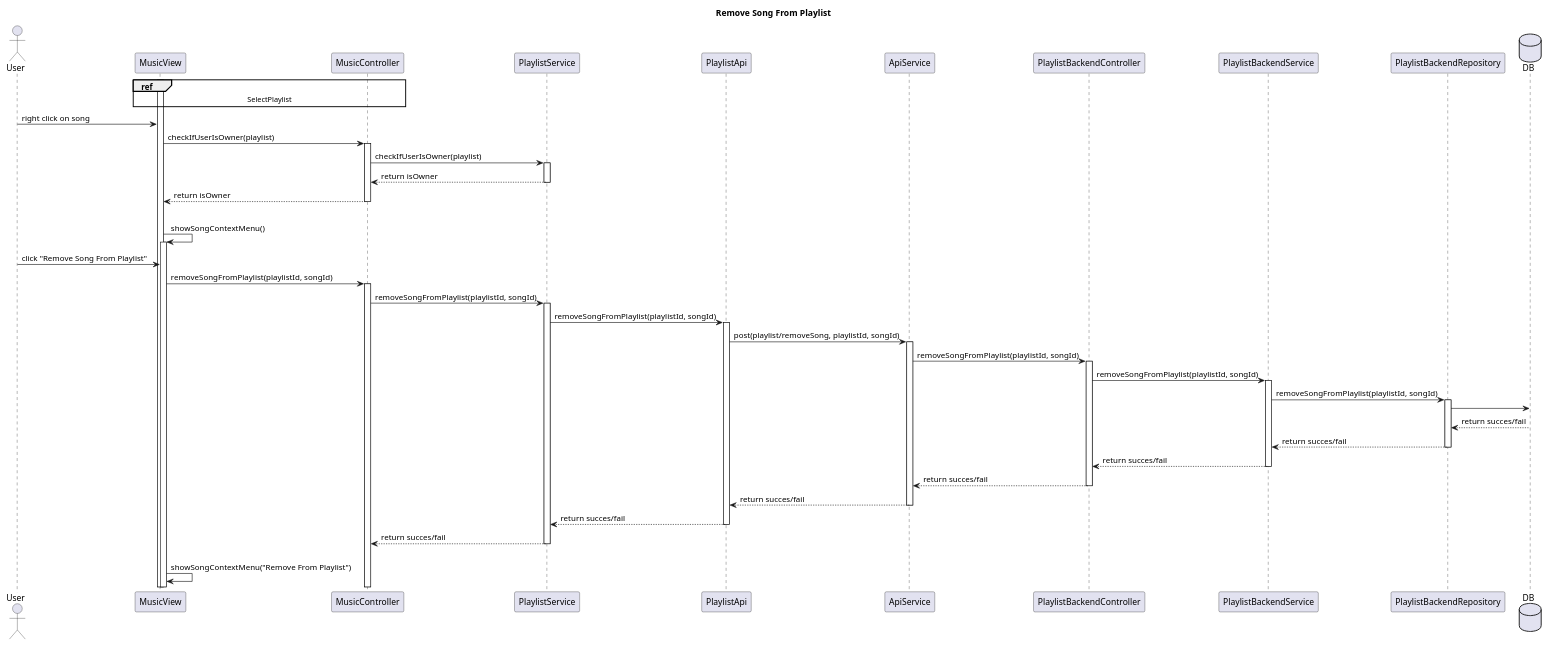
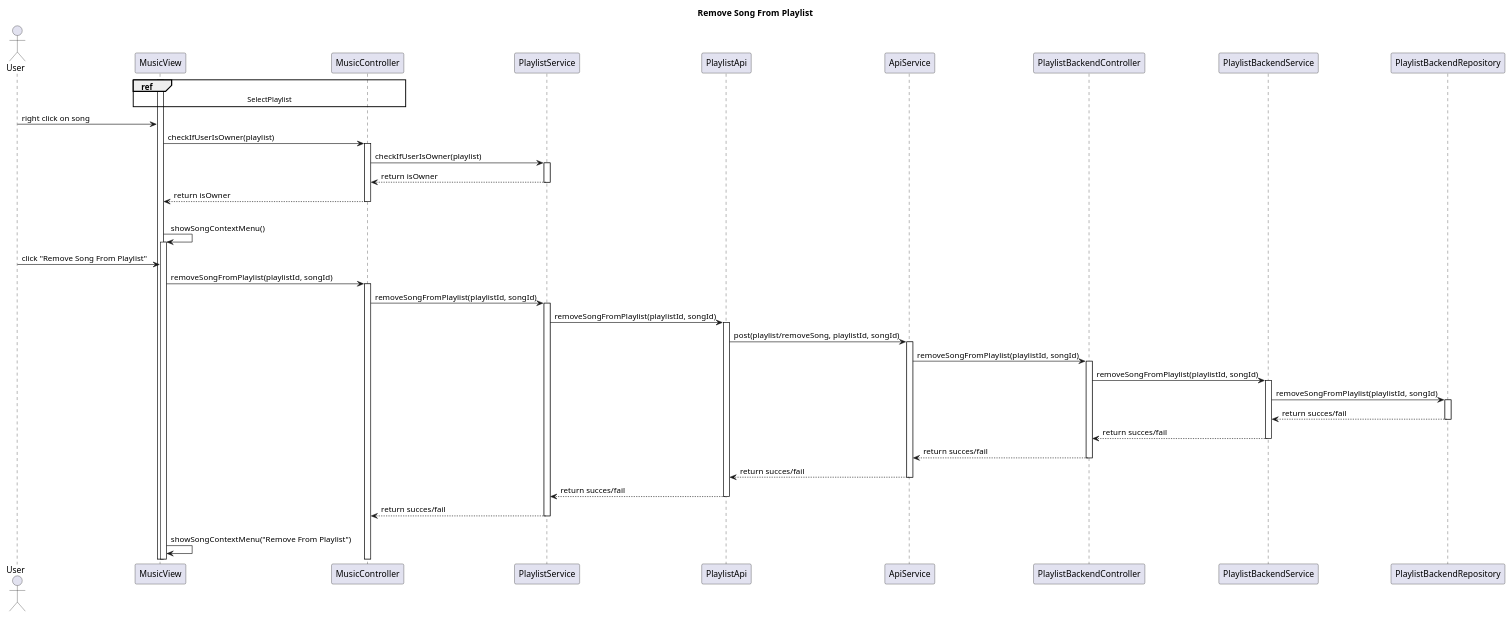
One commit to RubenKingCP/Tunix changed the diagram in Paradoteo_4/SequenceDiagrams-v0.3/RemoveSongFromPlaylist.puml. Above: the diagram before and after it, drawn with PlantUML. The commit also changed 39 other files, not shown here.

Commit message:
Updates to Sequence Diagrams-v0.3

```diff
--- a/Paradoteo_4/SequenceDiagrams-v0.3/RemoveSongFromPlaylist.puml
+++ b/Paradoteo_4/SequenceDiagrams-v0.3/RemoveSongFromPlaylist.puml
@@ -1,66 +1,63 @@
 @startuml RemoveSongFromPlaylist
 
 title Remove Song From Playlist
 
 actor User
 
 participant MusicView
 participant MusicController
 participant PlaylistService
 participant PlaylistApi
 participant ApiService
 participant PlaylistBackendController
 participant PlaylistBackendService
 participant PlaylistBackendRepository
 
-database DB
 
 ref over MusicView, MusicController
 SelectPlaylist
 end ref
 activate MusicView
 User -> MusicView : right click on song
 MusicView -> MusicController : checkIfUserIsOwner(playlist)
 activate MusicController
 MusicController -> PlaylistService : checkIfUserIsOwner(playlist)
 activate PlaylistService
 PlaylistService --> MusicController : return isOwner
 deactivate PlaylistService
 MusicController --> MusicView : return isOwner
 deactivate MusicController
 alt isOwner
     MusicView -> MusicView : showSongContextMenu()
     activate MusicView
     User -> MusicView : click "Remove Song From Playlist"
     MusicView -> MusicController : removeSongFromPlaylist(playlistId, songId)
     activate MusicController
     MusicController -> PlaylistService : removeSongFromPlaylist(playlistId, songId)
     activate PlaylistService
     PlaylistService -> PlaylistApi : removeSongFromPlaylist(playlistId, songId)
     activate PlaylistApi
     PlaylistApi -> ApiService : post(playlist/removeSong, playlistId, songId)
     activate ApiService
     ApiService -> PlaylistBackendController : removeSongFromPlaylist(playlistId, songId)
     activate PlaylistBackendController
     PlaylistBackendController -> PlaylistBackendService : removeSongFromPlaylist(playlistId, songId)
     activate PlaylistBackendService
     PlaylistBackendService -> PlaylistBackendRepository : removeSongFromPlaylist(playlistId, songId)
     activate PlaylistBackendRepository
-    PlaylistBackendRepository -> DB
-    DB --> PlaylistBackendRepository : return succes/fail
     PlaylistBackendRepository --> PlaylistBackendService : return succes/fail
     deactivate PlaylistBackendRepository
     PlaylistBackendService --> PlaylistBackendController : return succes/fail
     deactivate PlaylistBackendService
     PlaylistBackendController --> ApiService : return succes/fail
     deactivate PlaylistBackendController
     ApiService --> PlaylistApi : return succes/fail
     deactivate ApiService
     PlaylistApi --> PlaylistService : return succes/fail
     deactivate PlaylistApi
     PlaylistService --> MusicController : return succes/fail
     deactivate PlaylistService
 else !isOwner
     MusicView -> MusicView : showSongContextMenu("Remove From Playlist")
     'an overloaded method where the argument is the excluded element
 @enduml
```
